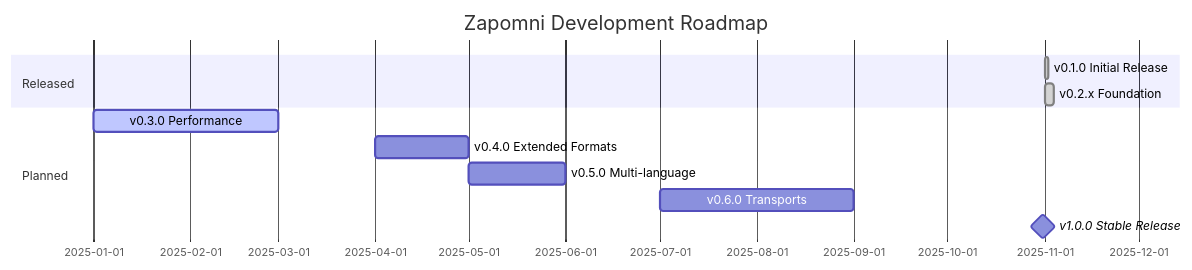
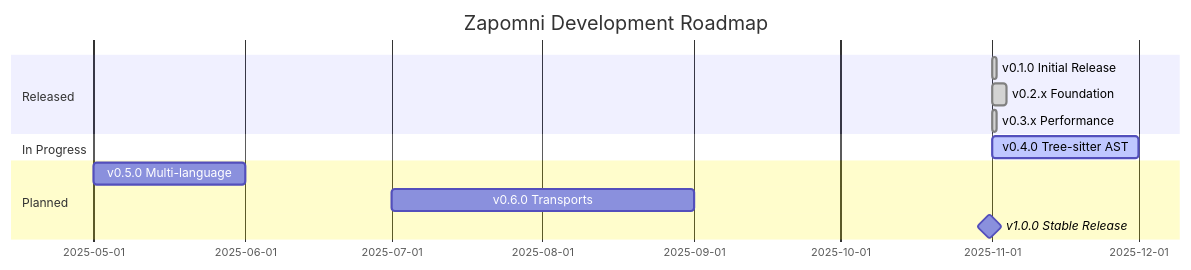
The second of 2 diagrams in ROADMAP.md (alienxs2/zapomni), drawn with Mermaid before and after one commit. The commit also changed other lines of this file and 14 other files, not shown here.

First line of the commit message:
feat(treesitter): Add Tree-sitter AST integration foundation (Issue #5)

````diff
--- a/ROADMAP.md
+++ b/ROADMAP.md
@@ -64,14 +64,15 @@
 ```mermaid
 gantt
     title Zapomni Development Roadmap
     dateFormat  YYYY-MM
     section Released
     v0.1.0 Initial Release     :done, v01, 2025-11, 1d
     v0.2.x Foundation          :done, v02, 2025-11, 3d
+    v0.3.x Performance         :done, v03, 2025-11, 1d
+    section In Progress
+    v0.4.0 Tree-sitter AST     :active, v04, 2025-11, 2025-12
     section Planned
-    v0.3.0 Performance         :active, v03, 2025-01, 2025-03
-    v0.4.0 Extended Formats    :v04, 2025-04, 2025-05
     v0.5.0 Multi-language      :v05, 2025-05, 2025-06
     v0.6.0 Transports          :v06, 2025-07, 2025-09
     v1.0.0 Stable Release      :milestone, v10, 2025-10, 2025-12
 ```
````
